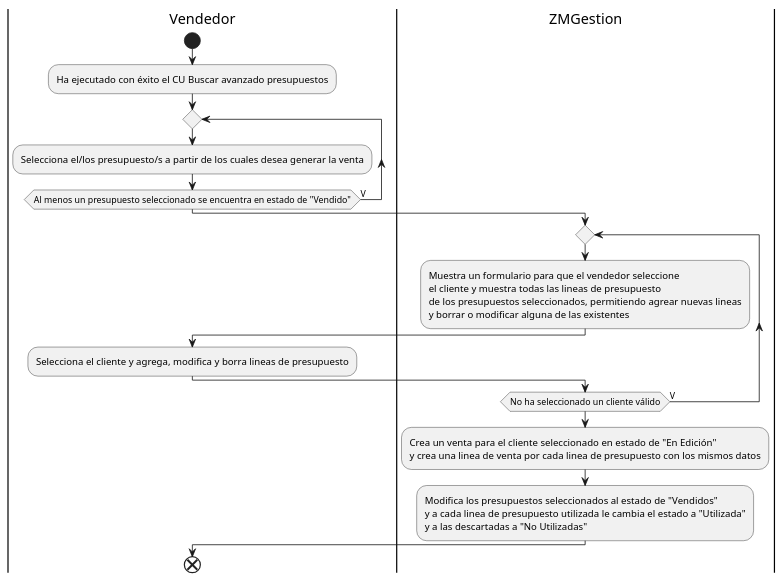
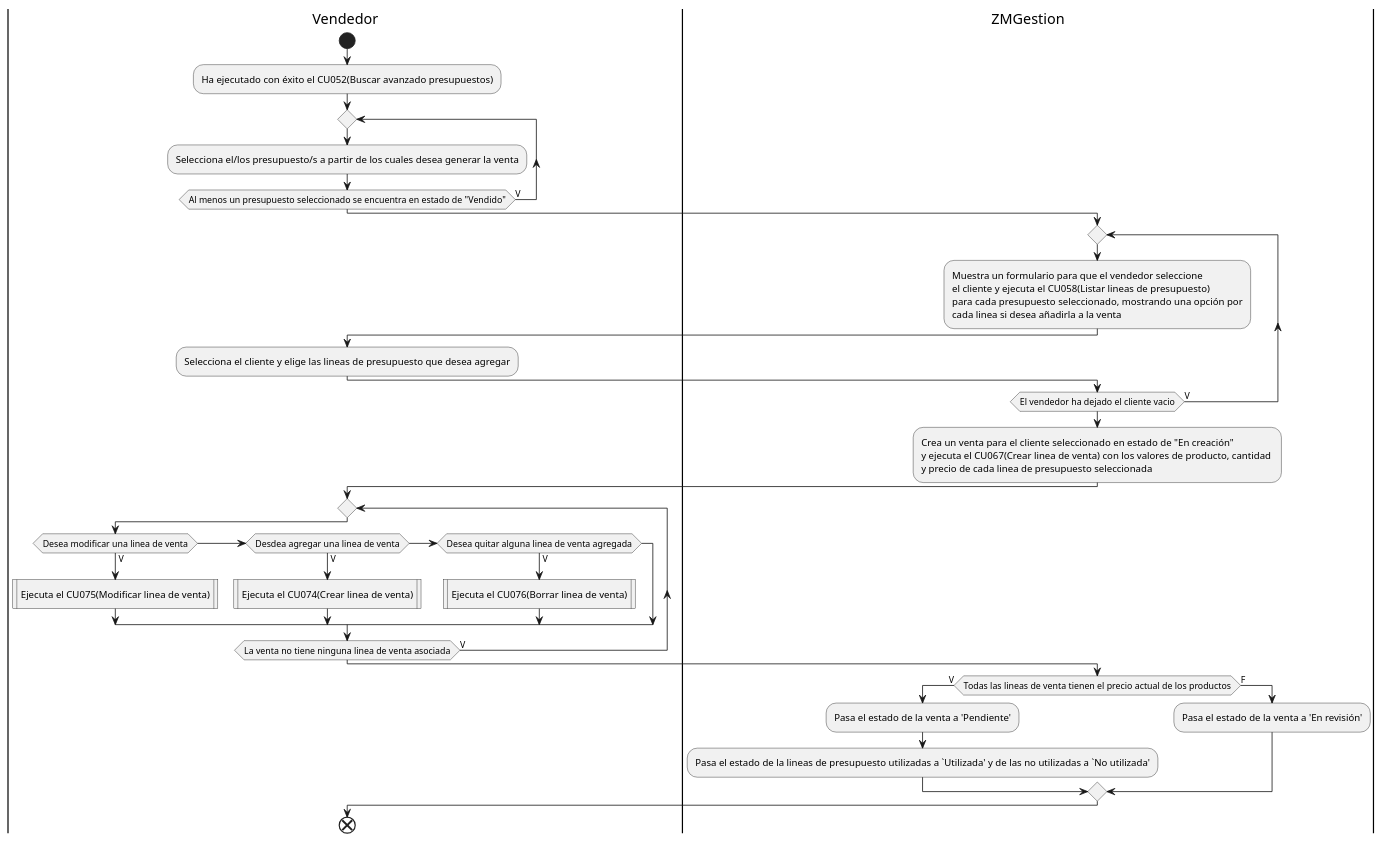
One commit to ZMGestion/DocumentacionZMGestion changed diagram 29 of 29 in DiagramasActividad/DiagramaDeActividad.puml. Above: the diagram before and after it, drawn with PlantUML. The commit also changed other lines of this file and 7 other files, not shown here.

Commit message:
Nuevo DiagramasDeActividad y cambios en DiagramasDeEstado

```diff
--- a/DiagramasActividad/DiagramaDeActividad.puml
+++ b/DiagramasActividad/DiagramaDeActividad.puml
@@ -507,25 +556,40 @@
 @startuml transformarPresupuestoEnVenta
 |Vendedor|
 start
-:Ha ejecutado con éxito el CU Buscar avanzado presupuestos;
+:Ha ejecutado con éxito el CU052(Buscar avanzado presupuestos);
 repeat
 :Selecciona el/los presupuesto/s a partir de los cuales desea generar la venta;
 repeat while(Al menos un presupuesto seleccionado se encuentra en estado de "Vendido") is (V)
 |ZMGestion|
 repeat
 :Muestra un formulario para que el vendedor seleccione
-el cliente y muestra todas las lineas de presupuesto 
-de los presupuestos seleccionados, permitiendo agrear nuevas lineas
-y borrar o modificar alguna de las existentes;
+el cliente y ejecuta el CU058(Listar lineas de presupuesto)
+para cada presupuesto seleccionado, mostrando una opción por
+cada linea si desea añadirla a la venta ;
 |Vendedor|
-:Selecciona el cliente y agrega, modifica y borra lineas de presupuesto;
+:Selecciona el cliente y elige las lineas de presupuesto que desea agregar;
 |ZMGestion|
-repeat while(No ha seleccionado un cliente válido) is (V)
-:Crea un venta para el cliente seleccionado en estado de "En Edición"
-y crea una linea de venta por cada linea de presupuesto con los mismos datos;
-:Modifica los presupuestos seleccionados al estado de "Vendidos" 
-y a cada linea de presupuesto utilizada le cambia el estado a "Utilizada"
-y a las descartadas a "No Utilizadas";
+repeat while(El vendedor ha dejado el cliente vacio) is (V)
+:Crea un venta para el cliente seleccionado en estado de "En creación"
+y ejecuta el CU067(Crear linea de venta) con los valores de producto, cantidad 
+y precio de cada linea de presupuesto seleccionada;
+|Vendedor|
+repeat
+if (Desea modificar una linea de venta) then (V)
+:Ejecuta el CU075(Modificar linea de venta)|
+else if (Desdea agregar una linea de venta) then (V)
+:Ejecuta el CU074(Crear linea de venta)|
+else if (Desea quitar alguna linea de venta agregada) then (V)
+:Ejecuta el CU076(Borrar linea de venta)|
+endif
+repeat while(La venta no tiene ninguna linea de venta asociada) is (V)
+|ZMGestion|
+if(Todas las lineas de venta tienen el precio actual de los productos) then (V)
+:Pasa el estado de la venta a 'Pendiente';
+:Pasa el estado de la lineas de presupuesto utilizadas a `Utilizada' y de las no utilizadas a `No utilizada';
+else (F)
+:Pasa el estado de la venta a 'En revisión';
+endif
 |Vendedor|
 end
 @enduml
```
